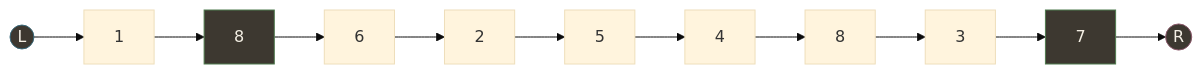
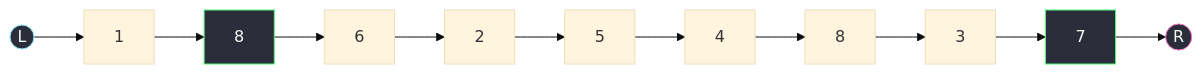
Before and after one commit to socoo123/algorithm_pratices_web: the second of 3 diagrams in solutions/base/container-with-most-water.md, drawn with Mermaid (base theme). The commit also changed other lines of this file and 10 other files, not shown here.

First line of the commit message:
Fix Mermaid contrast on parchment theme and add #438 solution.

````diff
--- a/solutions/base/container-with-most-water.md
+++ b/solutions/base/container-with-most-water.md
@@ -127,10 +127,10 @@
 ```mermaid
 flowchart LR
     L0(("L")) --> A0["1"] --> A1["8"] --> A2["6"] --> A3["2"] --> A4["5"] --> A5["4"] --> A6["8"] --> A7["3"] --> A8["7"]
     A8 --> R0(("R"))
 
-    style L0 fill:#3d3830,stroke:#3a6b7c,color:#f4efe4
-    style R0 fill:#3d3830,stroke:#8b5a6b,color:#f4efe4
-    style A1 fill:#3d3830,stroke:#4f7a4e,color:#f4efe4
-    style A8 fill:#3d3830,stroke:#4f7a4e,color:#f4efe4
+    style L0 fill:#2b2d3a,stroke:#8be9fd,color:#f8f8f2
+    style R0 fill:#2b2d3a,stroke:#ff79c6,color:#f8f8f2
+    style A1 fill:#2b2d3a,stroke:#50fa7b,color:#f8f8f2
+    style A8 fill:#2b2d3a,stroke:#50fa7b,color:#f8f8f2
 ```
````
